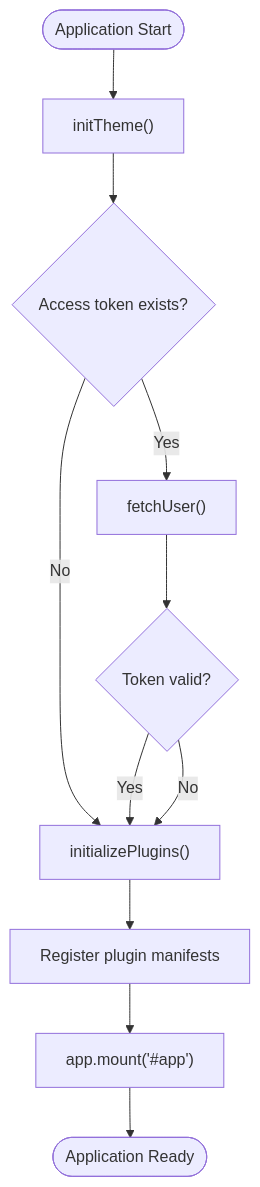
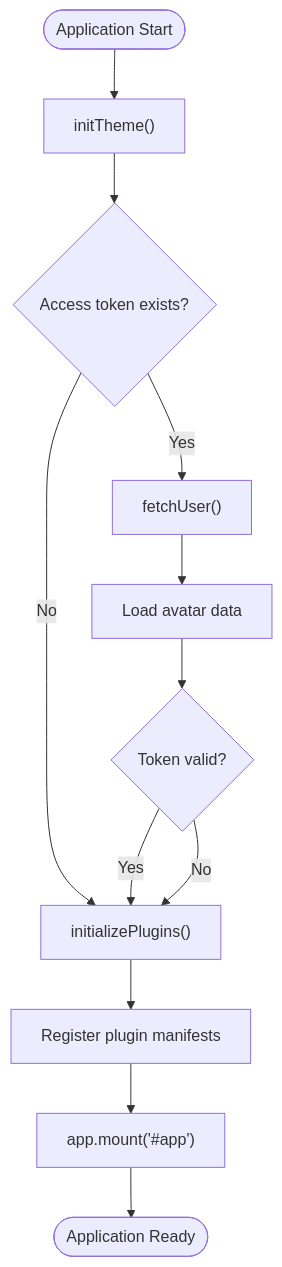
The fourth of 15 diagrams in .qoder/repowiki/en/content/Frontend Architecture/Frontend Architecture.md (Nikita5543/New-SSO-02), drawn with Mermaid before and after one commit. The commit also changed other lines of this file and 4 other files, not shown here.

Commit message:
commit-repo-wiki-user-avatar

````diff
--- a/.qoder/repowiki/en/content/Frontend Architecture/Frontend Architecture.md
+++ b/.qoder/repowiki/en/content/Frontend Architecture/Frontend Architecture.md
@@ -305,13 +324,14 @@
 ```mermaid
 flowchart TD
 Start(["Application Start"]) --> InitTheme["initTheme()"]
 InitTheme --> CheckTokens{"Access token exists?"}
 CheckTokens --> |Yes| RestoreUser["fetchUser()"]
 CheckTokens --> |No| LoadPlugins["initializePlugins()"]
-RestoreUser --> ValidateToken{"Token valid?"}
+RestoreUser --> LoadAvatar["Load avatar data"]
+LoadAvatar --> ValidateToken{"Token valid?"}
 ValidateToken --> |Yes| LoadPlugins
 ValidateToken --> |No| LoadPlugins
 LoadPlugins --> RegisterPlugins["Register plugin manifests"]
 RegisterPlugins --> MountApp["app.mount('#app')"]
 MountApp --> End(["Application Ready"])
 ```
````
